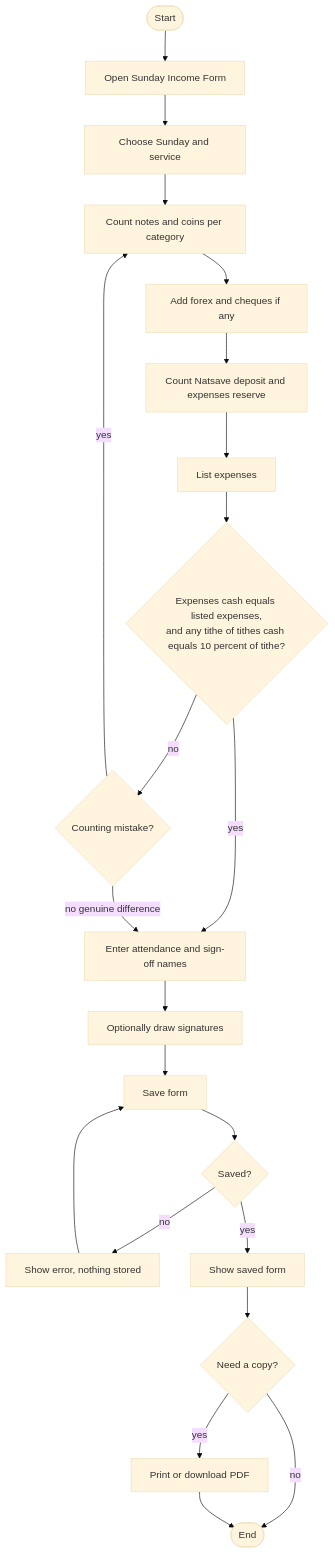
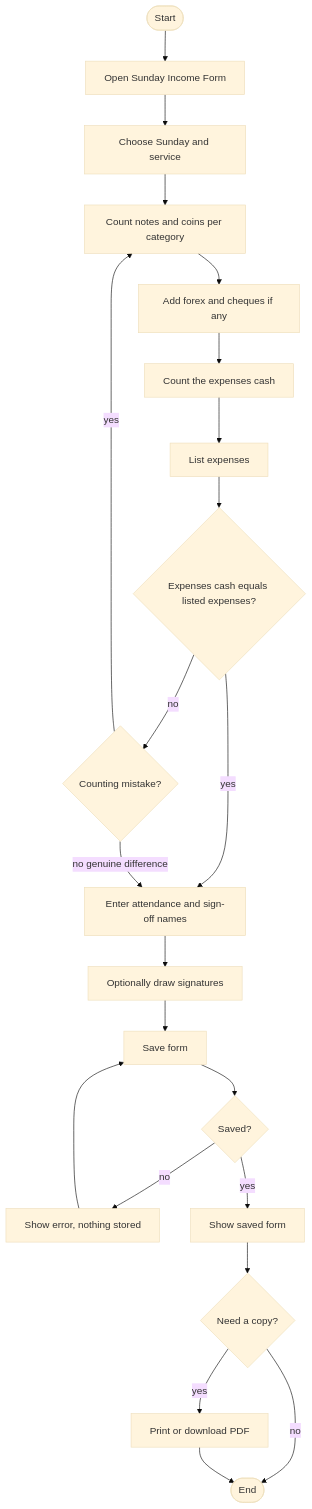
The seventh of 8 diagrams in docs/UML.md (kasondebbuku-spec/Lukulu-Bread-of-Life-Church), drawn with Mermaid (base theme) before and after one commit. The commit also changed other lines of this file and 15 other files, not shown here.

First line of the commit message:
Calculate the Natsave deposit as the rest; drop the two cash counts

````diff
--- a/docs/UML.md
+++ b/docs/UML.md
@@ -367,23 +363,23 @@
 ```mermaid
 flowchart TD
     start([Start]) --> open[Open Sunday Income Form]
     open --> pick[Choose Sunday and service]
     pick --> count[Count notes and coins per category]
     count --> extra[Add forex and cheques if any]
-    extra --> bank[Count Natsave deposit and expenses reserve]
+    extra --> bank[Count the expenses cash]
     bank --> exp[List expenses]
-    exp --> check{Expenses cash equals listed expenses,<br/>and any tithe of tithes cash equals 10 percent of tithe?}
+    exp --> check{Expenses cash equals listed expenses?}
     check -- yes --> att[Enter attendance and sign-off names]
     check -- no --> fix{Counting mistake?}
     fix -- yes --> count
     fix -- no genuine difference --> att
     att --> sign[Optionally draw signatures]
     sign --> save[Save form]
     save --> ok{Saved?}
     ok -- no --> err[Show error, nothing stored] --> save
     ok -- yes --> detail[Show saved form]
     detail --> out{Need a copy?}
     out -- yes --> pdf[Print or download PDF]
     out -- no --> done([End])
     pdf --> done
 ```
````
